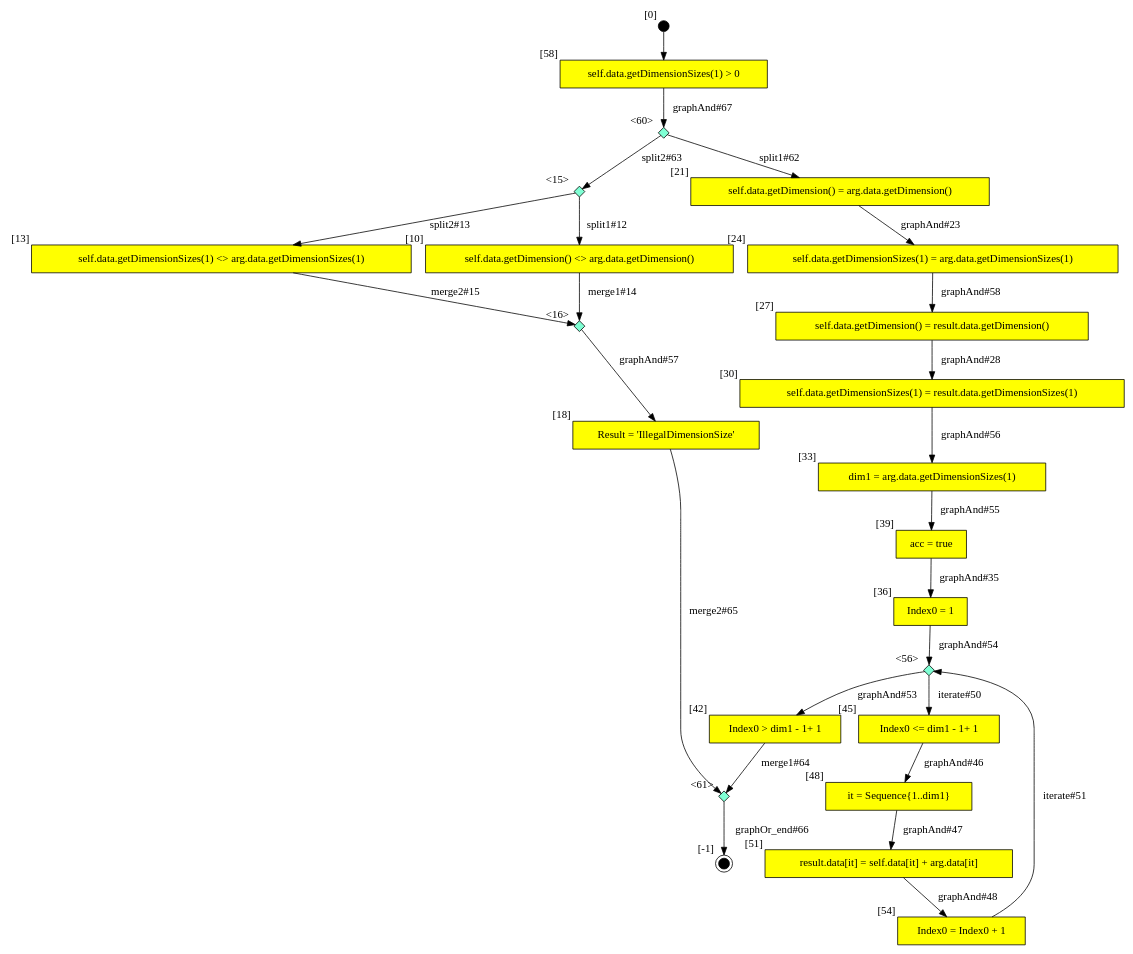
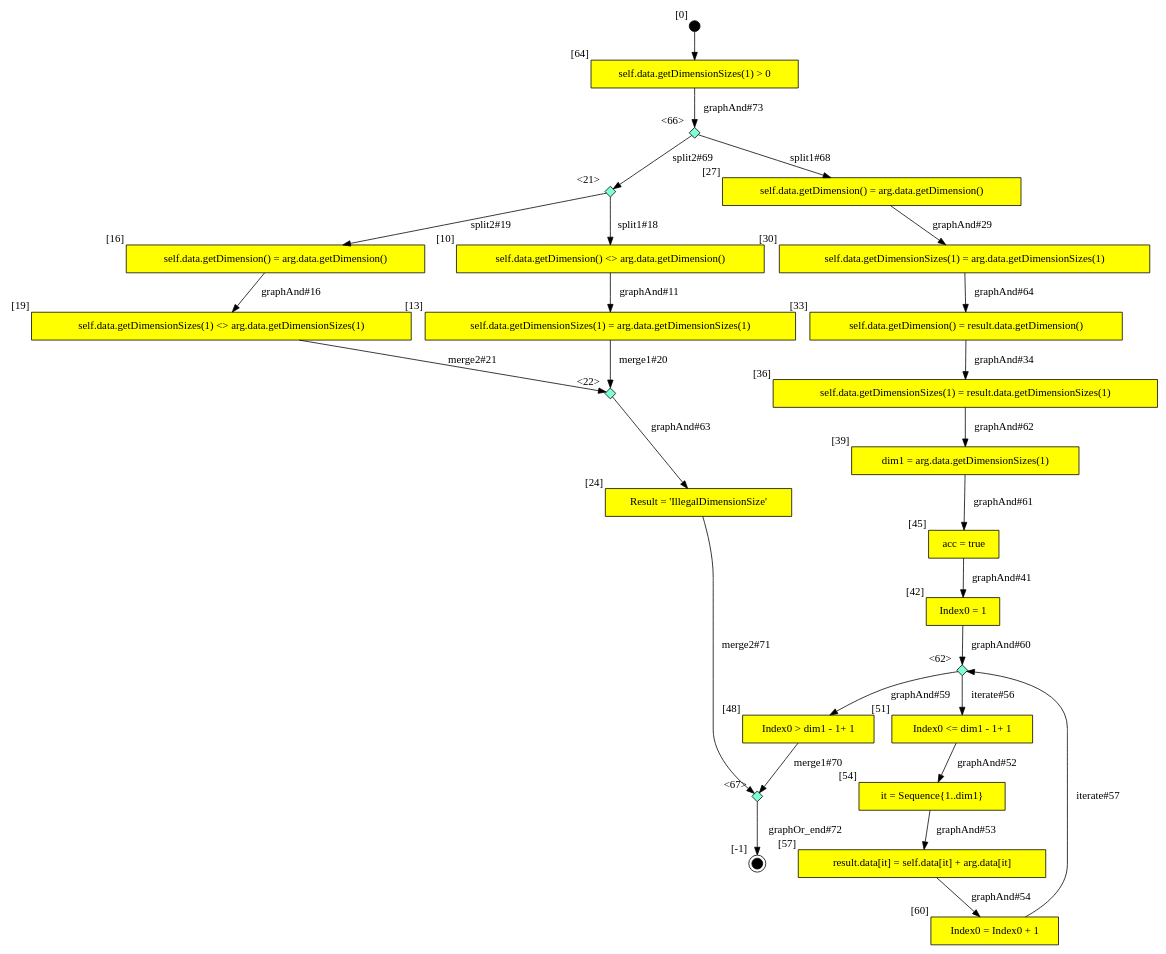
The diagram in output/CLG/VarArray/DynamicFixedsizeVarArrays_VarArray_add_DCC.dot (SamHseih/ocl-testcase-generator), drawn with Graphviz before and after one commit. The commit also changed 642 other files, not shown here.

```diff
--- a/output/CLG/VarArray/DynamicFixedsizeVarArrays_VarArray_add_DCC.dot
+++ b/output/CLG/VarArray/DynamicFixedsizeVarArrays_VarArray_add_DCC.dot
@@ -1,50 +1,54 @@
 digraph CLG {
-  33 [shape="box", label="dim1 = arg.data.getDimensionSizes(1)", style=filled, fillcolor=yellow, xlabel="[33]"];
-  36 [shape="box", label="Index0 = 1", style=filled, fillcolor=yellow, xlabel="[36]"];
-  39 [shape="box", label="acc = true", style=filled, fillcolor=yellow, xlabel="[39]"];
-  42 [shape="box", label="Index0 > dim1 - 1+ 1", style=filled, fillcolor=yellow, xlabel="[42]"];
+  64 [shape="box", label="self.data.getDimensionSizes(1) > 0", style=filled, fillcolor=yellow, xlabel="[64]"];
+  66 [shape="diamond", label="", xlabel="<66>", style=filled, fillcolor=aquamarine, fixedsize=true, width=.2, height=.2];
+  67 [shape="diamond", label="", xlabel="<67>", style=filled, fillcolor=aquamarine, fixedsize=true, width=.2, height=.2];
   10 [shape="box", label="self.data.getDimension() <> arg.data.getDimension()", style=filled, fillcolor=yellow, xlabel="[10]"];
-  45 [shape="box", label="Index0 <= dim1 - 1+ 1", style=filled, fillcolor=yellow, xlabel="[45]"];
-  13 [shape="box", label="self.data.getDimensionSizes(1) <> arg.data.getDimensionSizes(1)", style=filled, fillcolor=yellow, xlabel="[13]"];
-  15 [shape="diamond", label="", xlabel="<15>", style=filled, fillcolor=aquamarine, fixedsize=true, width=.2, height=.2];
-  48 [shape="box", label="it = Sequence{1..dim1}", style=filled, fillcolor=yellow, xlabel="[48]"];
-  16 [shape="diamond", label="", xlabel="<16>", style=filled, fillcolor=aquamarine, fixedsize=true, width=.2, height=.2];
-  18 [shape="box", label="Result = 'IllegalDimensionSize'", style=filled, fillcolor=yellow, xlabel="[18]"];
-  51 [shape="box", label="result.data[it] = self.data[it] + arg.data[it]", style=filled, fillcolor=yellow, xlabel="[51]"];
-  19 [style=filled, fillcolor=black, shape="doublecircle", label="", fixedsize=true, width=.2, height=.2, xlabel="[-1]"];
-  21 [shape="box", label="self.data.getDimension() = arg.data.getDimension()", style=filled, fillcolor=yellow, xlabel="[21]"];
-  54 [shape="box", label="Index0 = Index0 + 1", style=filled, fillcolor=yellow, xlabel="[54]"];
-  24 [shape="box", label="self.data.getDimensionSizes(1) = arg.data.getDimensionSizes(1)", style=filled, fillcolor=yellow, xlabel="[24]"];
-  56 [shape="diamond", label="", xlabel="<56>", style=filled, fillcolor=aquamarine, fixedsize=true, width=.2, height=.2];
-  57 [style=filled, fillcolor=black, shape="circle", label="", fixedsize=true, width=.2, height=.2, xlabel="[0]"];
-  58 [shape="box", label="self.data.getDimensionSizes(1) > 0", style=filled, fillcolor=yellow, xlabel="[58]"];
-  27 [shape="box", label="self.data.getDimension() = result.data.getDimension()", style=filled, fillcolor=yellow, xlabel="[27]"];
-  60 [shape="diamond", label="", xlabel="<60>", style=filled, fillcolor=aquamarine, fixedsize=true, width=.2, height=.2];
-  61 [shape="diamond", label="", xlabel="<61>", style=filled, fillcolor=aquamarine, fixedsize=true, width=.2, height=.2];
-  30 [shape="box", label="self.data.getDimensionSizes(1) = result.data.getDimensionSizes(1)", style=filled, fillcolor=yellow, xlabel="[30]"];
-  42 -> 61[label="merge1#64"];
-  18 -> 61[label="merge2#65"];
-  61 -> 19[label="graphOr_end#66"];
-  58 -> 60[label="graphAnd#67"];
-  15 -> 10[label="split1#12"];
-  15 -> 13[label="split2#13"];
-  10 -> 16[label="merge1#14"];
-  13 -> 16[label="merge2#15"];
-  21 -> 24[label="graphAnd#23"];
-  27 -> 30[label="graphAnd#28"];
-  39 -> 36[label="graphAnd#35"];
-  45 -> 48[label="graphAnd#46"];
-  48 -> 51[label="graphAnd#47"];
-  51 -> 54[label="graphAnd#48"];
-  56 -> 45[label="iterate#50"];
-  54 -> 56[label="iterate#51"];
-  56 -> 42[label="graphAnd#53"];
-  36 -> 56[label="graphAnd#54"];
-  33 -> 39[label="graphAnd#55"];
-  30 -> 33[label="graphAnd#56"];
-  16 -> 18[label="graphAnd#57"];
-  24 -> 27[label="graphAnd#58"];
-  57 -> 58;
-  60 -> 21[label="split1#62"];
-  60 -> 15[label="split2#63"];
+  13 [shape="box", label="self.data.getDimensionSizes(1) = arg.data.getDimensionSizes(1)", style=filled, fillcolor=yellow, xlabel="[13]"];
+  16 [shape="box", label="self.data.getDimension() = arg.data.getDimension()", style=filled, fillcolor=yellow, xlabel="[16]"];
+  19 [shape="box", label="self.data.getDimensionSizes(1) <> arg.data.getDimensionSizes(1)", style=filled, fillcolor=yellow, xlabel="[19]"];
+  21 [shape="diamond", label="", xlabel="<21>", style=filled, fillcolor=aquamarine, fixedsize=true, width=.2, height=.2];
+  22 [shape="diamond", label="", xlabel="<22>", style=filled, fillcolor=aquamarine, fixedsize=true, width=.2, height=.2];
+  24 [shape="box", label="Result = 'IllegalDimensionSize'", style=filled, fillcolor=yellow, xlabel="[24]"];
+  25 [style=filled, fillcolor=black, shape="doublecircle", label="", fixedsize=true, width=.2, height=.2, xlabel="[-1]"];
+  27 [shape="box", label="self.data.getDimension() = arg.data.getDimension()", style=filled, fillcolor=yellow, xlabel="[27]"];
+  30 [shape="box", label="self.data.getDimensionSizes(1) = arg.data.getDimensionSizes(1)", style=filled, fillcolor=yellow, xlabel="[30]"];
+  33 [shape="box", label="self.data.getDimension() = result.data.getDimension()", style=filled, fillcolor=yellow, xlabel="[33]"];
+  36 [shape="box", label="self.data.getDimensionSizes(1) = result.data.getDimensionSizes(1)", style=filled, fillcolor=yellow, xlabel="[36]"];
+  39 [shape="box", label="dim1 = arg.data.getDimensionSizes(1)", style=filled, fillcolor=yellow, xlabel="[39]"];
+  42 [shape="box", label="Index0 = 1", style=filled, fillcolor=yellow, xlabel="[42]"];
+  45 [shape="box", label="acc = true", style=filled, fillcolor=yellow, xlabel="[45]"];
+  48 [shape="box", label="Index0 > dim1 - 1+ 1", style=filled, fillcolor=yellow, xlabel="[48]"];
+  51 [shape="box", label="Index0 <= dim1 - 1+ 1", style=filled, fillcolor=yellow, xlabel="[51]"];
+  54 [shape="box", label="it = Sequence{1..dim1}", style=filled, fillcolor=yellow, xlabel="[54]"];
+  57 [shape="box", label="result.data[it] = self.data[it] + arg.data[it]", style=filled, fillcolor=yellow, xlabel="[57]"];
+  60 [shape="box", label="Index0 = Index0 + 1", style=filled, fillcolor=yellow, xlabel="[60]"];
+  62 [shape="diamond", label="", xlabel="<62>", style=filled, fillcolor=aquamarine, fixedsize=true, width=.2, height=.2];
+  63 [style=filled, fillcolor=black, shape="circle", label="", fixedsize=true, width=.2, height=.2, xlabel="[0]"];
+  30 -> 33[label="graphAnd#64"];
+  63 -> 64;
+  66 -> 27[label="split1#68"];
+  66 -> 21[label="split2#69"];
+  48 -> 67[label="merge1#70"];
+  24 -> 67[label="merge2#71"];
+  67 -> 25[label="graphOr_end#72"];
+  64 -> 66[label="graphAnd#73"];
+  10 -> 13[label="graphAnd#11"];
+  16 -> 19[label="graphAnd#16"];
+  21 -> 10[label="split1#18"];
+  21 -> 16[label="split2#19"];
+  13 -> 22[label="merge1#20"];
+  19 -> 22[label="merge2#21"];
+  27 -> 30[label="graphAnd#29"];
+  33 -> 36[label="graphAnd#34"];
+  45 -> 42[label="graphAnd#41"];
+  51 -> 54[label="graphAnd#52"];
+  54 -> 57[label="graphAnd#53"];
+  57 -> 60[label="graphAnd#54"];
+  62 -> 51[label="iterate#56"];
+  60 -> 62[label="iterate#57"];
+  62 -> 48[label="graphAnd#59"];
+  42 -> 62[label="graphAnd#60"];
+  39 -> 45[label="graphAnd#61"];
+  36 -> 39[label="graphAnd#62"];
+  22 -> 24[label="graphAnd#63"];
 }
```
